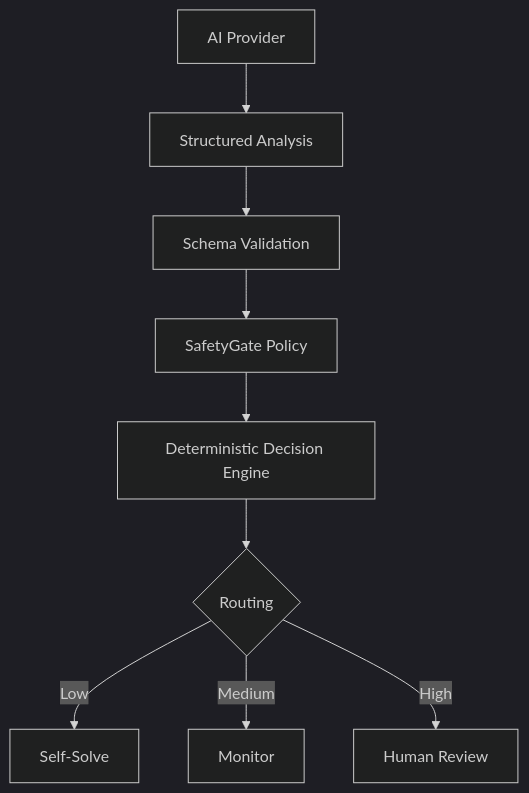
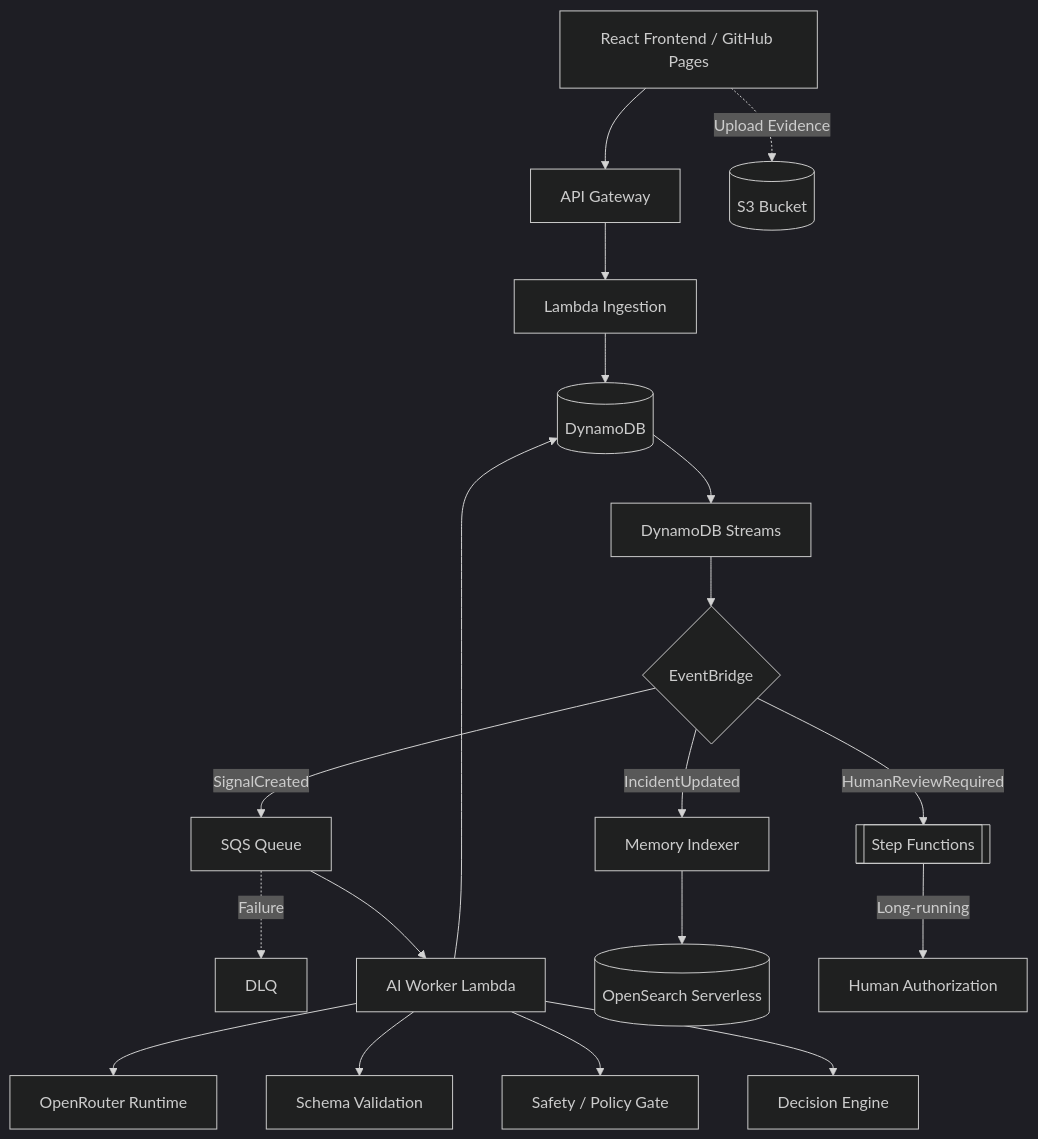
One commit to jackso1328/report-to-me-ai changed the third of 4 diagrams in README.md. Above: the diagram before and after it, drawn with Mermaid (dark theme). The commit also changed other lines of this file, not shown here.

````diff
--- a/README.md
+++ b/README.md
@@ -180,11 +142,27 @@
 ```mermaid
 flowchart TD
-    Provider[AI Provider] --> Output[Structured Analysis]
-    Output --> Schema[Schema Validation]
-    Schema --> Safety[SafetyGate Policy]
-    Safety --> Engine[Deterministic Decision Engine]
-    Engine --> Paths{Routing}
-    Paths -->|Low| SelfSolve[Self-Solve]
-    Paths -->|Medium| Monitor[Monitor]
-    Paths -->|High| HumanReview[Human Review]
+    UI[React Frontend / GitHub Pages] --> API[API Gateway]
+    UI -.->|Upload Evidence| S3[(S3 Bucket)]
+    
+    API --> Ingest[Lambda Ingestion]
+    Ingest --> DDB[(DynamoDB)]
+    
+    DDB --> Stream[DynamoDB Streams]
+    Stream --> EB{EventBridge}
+    
+    EB -->|SignalCreated| SQS[SQS Queue]
+    SQS -.->|Failure| DLQ[DLQ]
+    
+    SQS --> AIWorker[AI Worker Lambda]
+    AIWorker --> OR[OpenRouter Runtime]
+    AIWorker --> Schema[Schema Validation]
+    AIWorker --> Safety[Safety / Policy Gate]
+    AIWorker --> Decision[Decision Engine]
+    AIWorker --> DDB
+    
+    EB -->|IncidentUpdated| Indexer[Memory Indexer]
+    Indexer --> OpenSearch[(OpenSearch Serverless)]
+    
+    EB -->|HumanReviewRequired| StepFunctions[[Step Functions]]
+    StepFunctions -->|Long-running| HumanAuth[Human Authorization]
 ```
````
